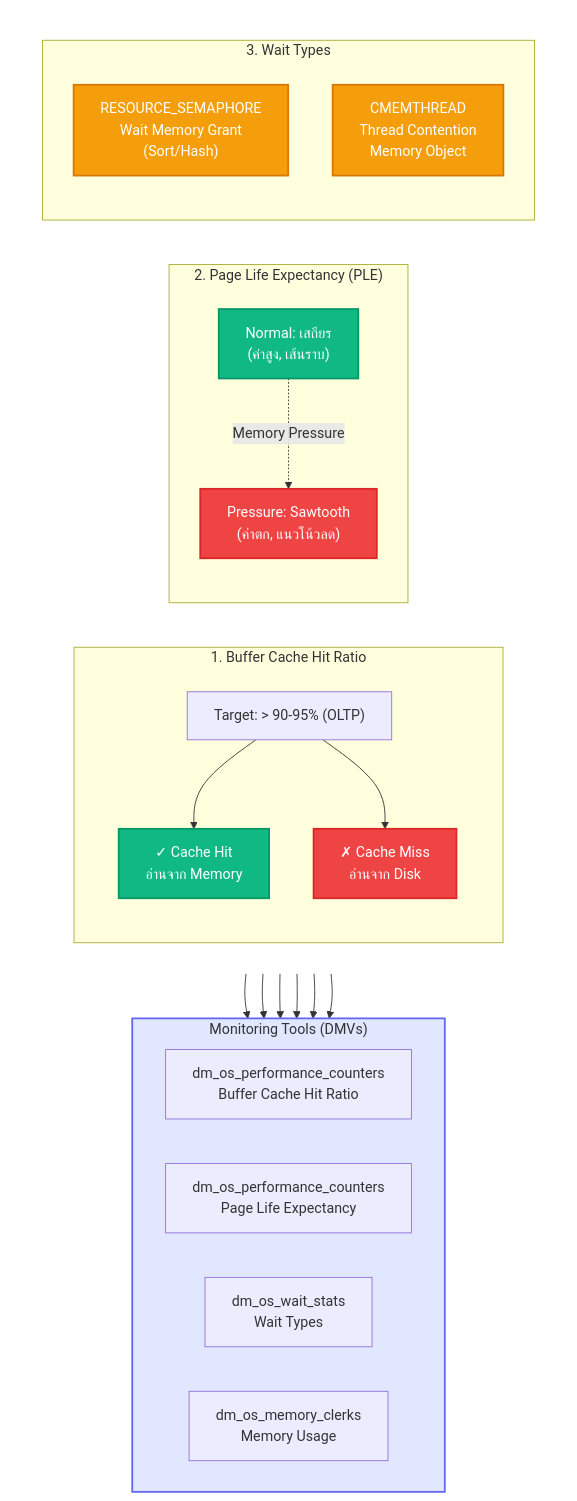
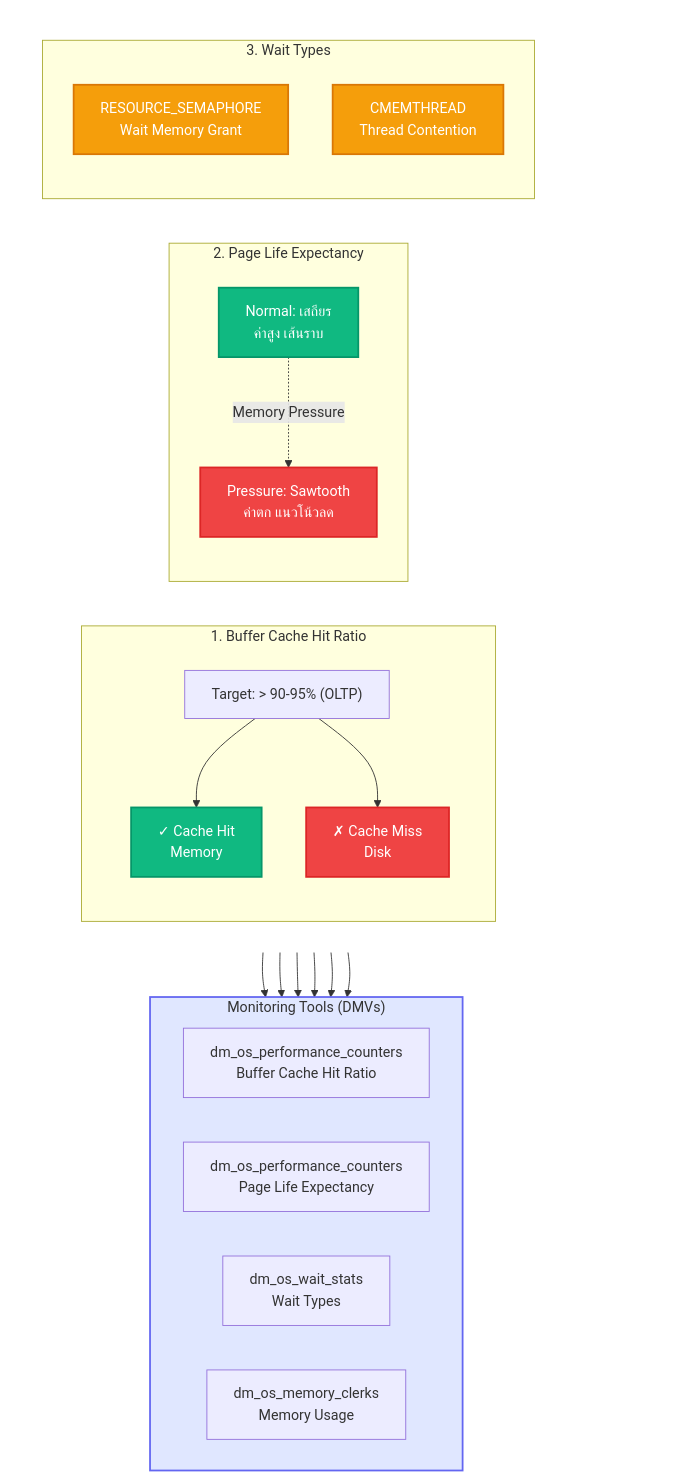
The seventh of 7 diagrams in Module_04_Memory/README.md (phakkhaphong/sql-server-performance-tuning), drawn with Mermaid before and after one commit. The commit also changed other lines of this file, not shown here.

Commit message:
Refactor README diagrams for SQL Server Memory Models, improving clarity by standardizing terminology, removing unnecessary HTML line breaks, and enhancing visual spacing for better readability of memory allocation processes and performance metrics.

````diff
--- a/Module_04_Memory/README.md
+++ b/Module_04_Memory/README.md
@@ -372,48 +403,51 @@
 ```mermaid
 flowchart TB
     subgraph Row1[" "]
         direction LR
         subgraph Metric1["1. Buffer Cache Hit Ratio"]
             BCHR["Target: > 90-95% (OLTP)"]
-            BCHRGood["✓ Cache Hit<br/>อ่านจาก Memory"]
-            BCHRBad["✗ Cache Miss<br/>อ่านจาก Disk"]
+            BCHRGood["✓ Cache Hit<br/>Memory"]
+            BCHRBad["✗ Cache Miss<br/>Disk"]
             BCHR --> BCHRGood
             BCHR --> BCHRBad
         end
         
-        subgraph Metric2["2. Page Life Expectancy (PLE)"]
-            PLENormal["Normal: เสถียร<br/>(ค่าสูง, เส้นราบ)"]
-            PLEPressure["Pressure: Sawtooth<br/>(ค่าตก, แนวโน้วลด)"]
+        subgraph Metric2["2. Page Life Expectancy"]
+            PLENormal["Normal: เสถียร<br/>ค่าสูง เส้นราบ"]
+            PLEPressure["Pressure: Sawtooth<br/>ค่าตก แนวโน้วลด"]
             PLENormal -.->|Memory Pressure| PLEPressure
         end
         
         subgraph WaitTypes["3. Wait Types"]
-            WT1["RESOURCE_SEMAPHORE<br/>Wait Memory Grant<br/>(Sort/Hash)"]
-            WT2["CMEMTHREAD<br/>Thread Contention<br/>Memory Object"]
+            WT1["RESOURCE_SEMAPHORE<br/>Wait Memory Grant"]
+            WT2["CMEMTHREAD<br/>Thread Contention"]
         end
     end
+    
+    SpacerM1[ ]
     
     subgraph Monitoring["Monitoring Tools (DMVs)"]
         direction LR
         DMV1["dm_os_performance_counters<br/>Buffer Cache Hit Ratio"]
         DMV2["dm_os_performance_counters<br/>Page Life Expectancy"]
         DMV3["dm_os_wait_stats<br/>Wait Types"]
         DMV4["dm_os_memory_clerks<br/>Memory Usage"]
     end
     
     Metric1 --> DMV1
     Metric2 --> DMV2
     WaitTypes --> DMV3
     Metric1 --> DMV4
     Metric2 --> DMV4
     WaitTypes --> DMV4
     
     style BCHRGood fill:#10b981,stroke:#059669,stroke-width:2px,color:#fff
     style BCHRBad fill:#ef4444,stroke:#dc2626,stroke-width:2px,color:#fff
     style PLENormal fill:#10b981,stroke:#059669,stroke-width:2px,color:#fff
     style PLEPressure fill:#ef4444,stroke:#dc2626,stroke-width:2px,color:#fff
     style WT1 fill:#f59e0b,stroke:#d97706,stroke-width:2px,color:#fff
     style WT2 fill:#f59e0b,stroke:#d97706,stroke-width:2px,color:#fff
     style Row1 fill:transparent,stroke:transparent,color:transparent
     style Monitoring fill:#e0e7ff,stroke:#6366f1,stroke-width:2px
+    style SpacerM1 fill:transparent,stroke:transparent,color:transparent
 ```
````
